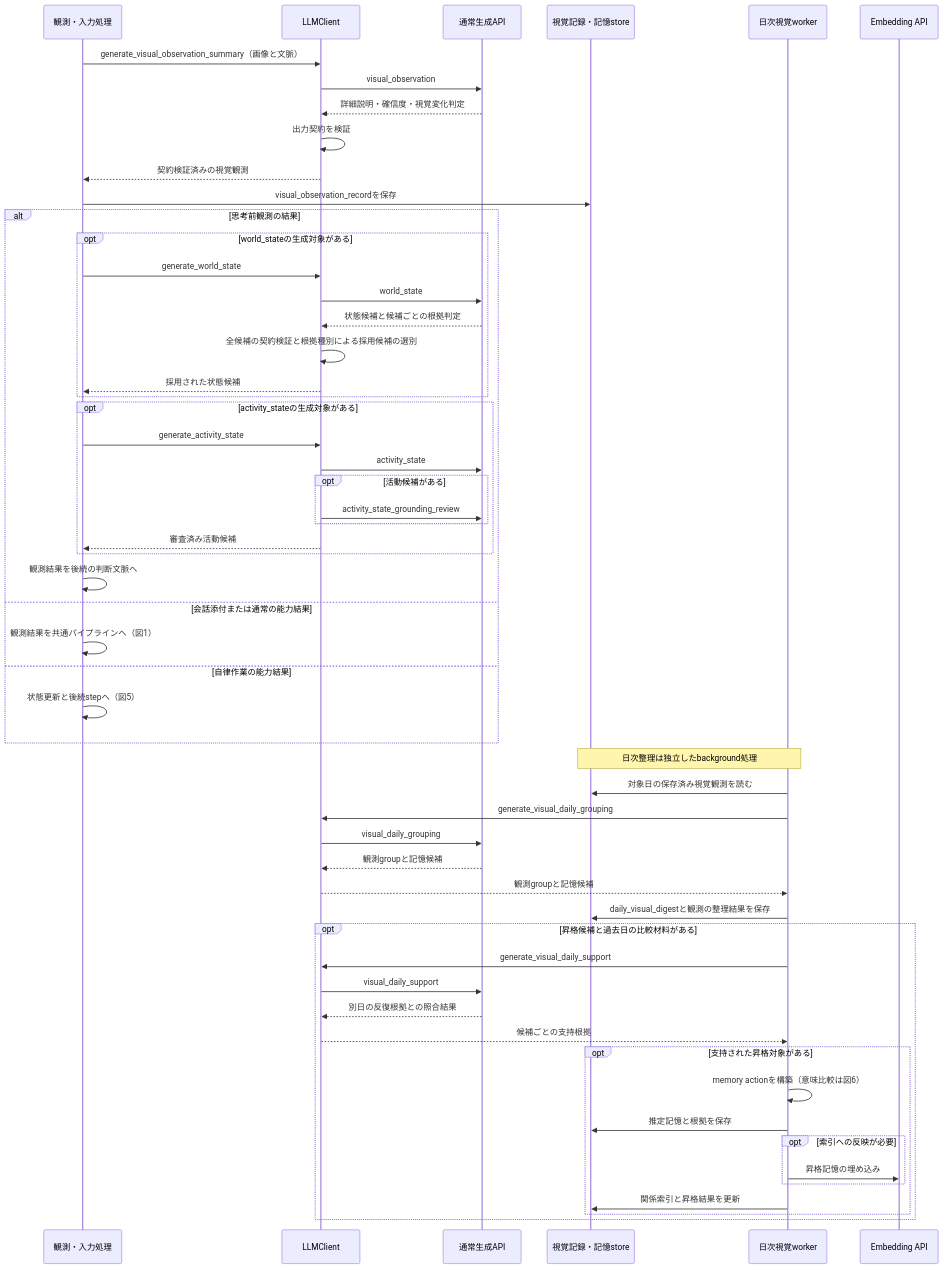
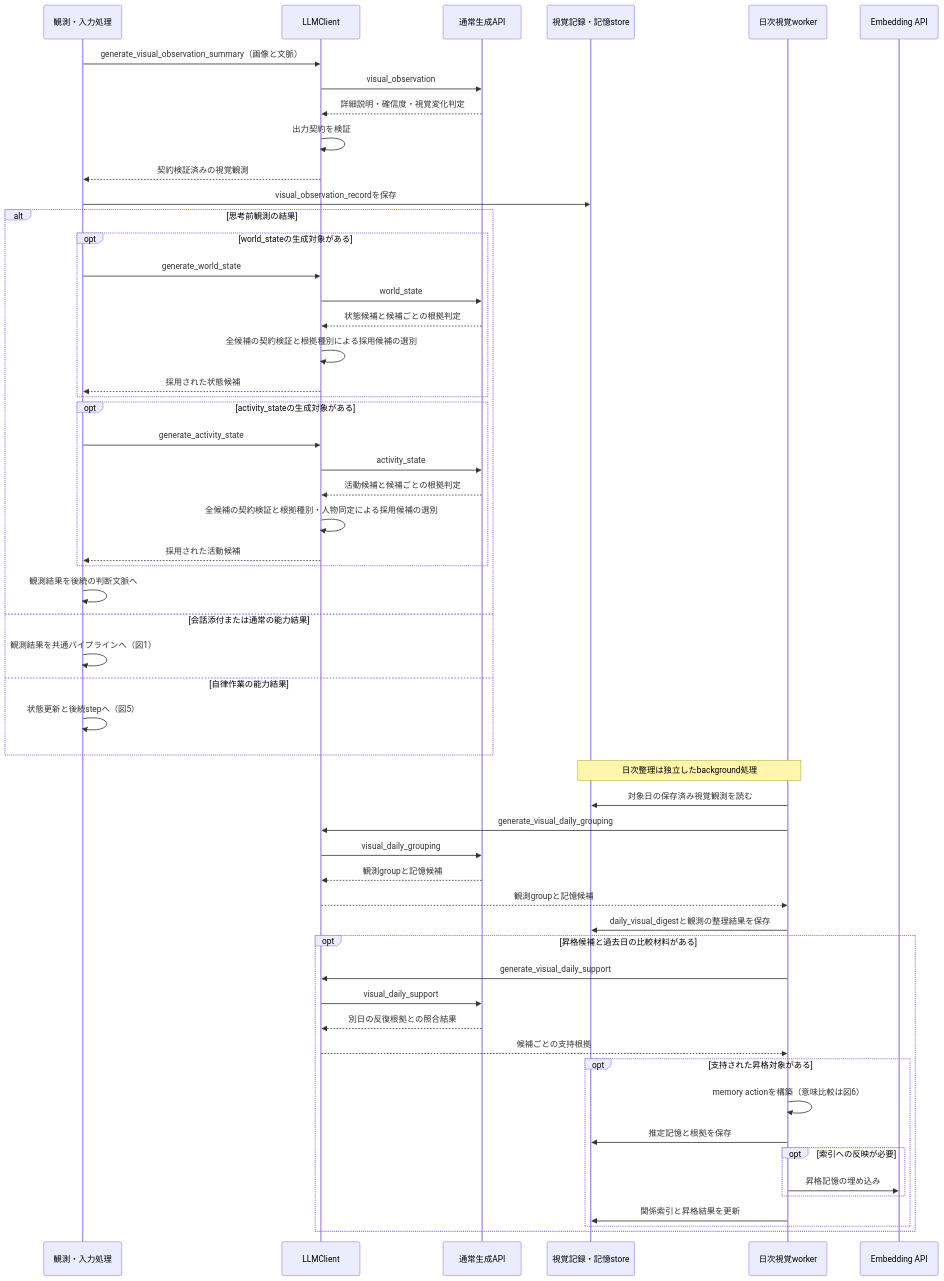
Before and after one commit to hirona98/OtomeKairo: the seventh of 7 diagrams in docs/design/llm/LLM呼び出しシーケンス.md, drawn with Mermaid. The commit also changed other lines of this file and 9 other files, not shown here.

````diff
--- a/docs/design/llm/LLM呼び出しシーケンス.md
+++ b/docs/design/llm/LLM呼び出しシーケンス.md
@@ -451,59 +451,58 @@
 ```mermaid
 sequenceDiagram
     participant C as 観測・入力処理
     participant L as LLMClient
     participant G as 通常生成API
     participant S as 視覚記録・記憶store
     participant W as 日次視覚worker
     participant E as Embedding API
 
     C->>L: generate_visual_observation_summary（画像と文脈）
     L->>G: visual_observation
     G-->>L: 詳細説明・確信度・視覚変化判定
     L->>L: 出力契約を検証
     L-->>C: 契約検証済みの視覚観測
     C->>S: visual_observation_recordを保存
     alt 思考前観測の結果
         opt world_stateの生成対象がある
             C->>L: generate_world_state
             L->>G: world_state
             G-->>L: 状態候補と候補ごとの根拠判定
             L->>L: 全候補の契約検証と根拠種別による採用候補の選別
             L-->>C: 採用された状態候補
         end
         opt activity_stateの生成対象がある
             C->>L: generate_activity_state
             L->>G: activity_state
-            opt 活動候補がある
-                L->>G: activity_state_grounding_review
-            end
-            L-->>C: 審査済み活動候補
+            G-->>L: 活動候補と候補ごとの根拠判定
+            L->>L: 全候補の契約検証と根拠種別・人物同定による採用候補の選別
+            L-->>C: 採用された活動候補
         end
         C->>C: 観測結果を後続の判断文脈へ
     else 会話添付または通常の能力結果
         C->>C: 観測結果を共通パイプラインへ（図1）
     else 自律作業の能力結果
         C->>C: 状態更新と後続stepへ（図5）
     end
     Note over S,W: 日次整理は独立したbackground処理
     W->>S: 対象日の保存済み視覚観測を読む
     W->>L: generate_visual_daily_grouping
     L->>G: visual_daily_grouping
     G-->>L: 観測groupと記憶候補
     L-->>W: 観測groupと記憶候補
     W->>S: daily_visual_digestと観測の整理結果を保存
     opt 昇格候補と過去日の比較材料がある
         W->>L: generate_visual_daily_support
         L->>G: visual_daily_support
         G-->>L: 別日の反復根拠との照合結果
         L-->>W: 候補ごとの支持根拠
         opt 支持された昇格対象がある
             W->>W: memory actionを構築（意味比較は図6）
             W->>S: 推定記憶と根拠を保存
             opt 索引への反映が必要
                 W->>E: 昇格記憶の埋め込み
             end
             W->>S: 関係索引と昇格結果を更新
         end
     end
 ```
````
